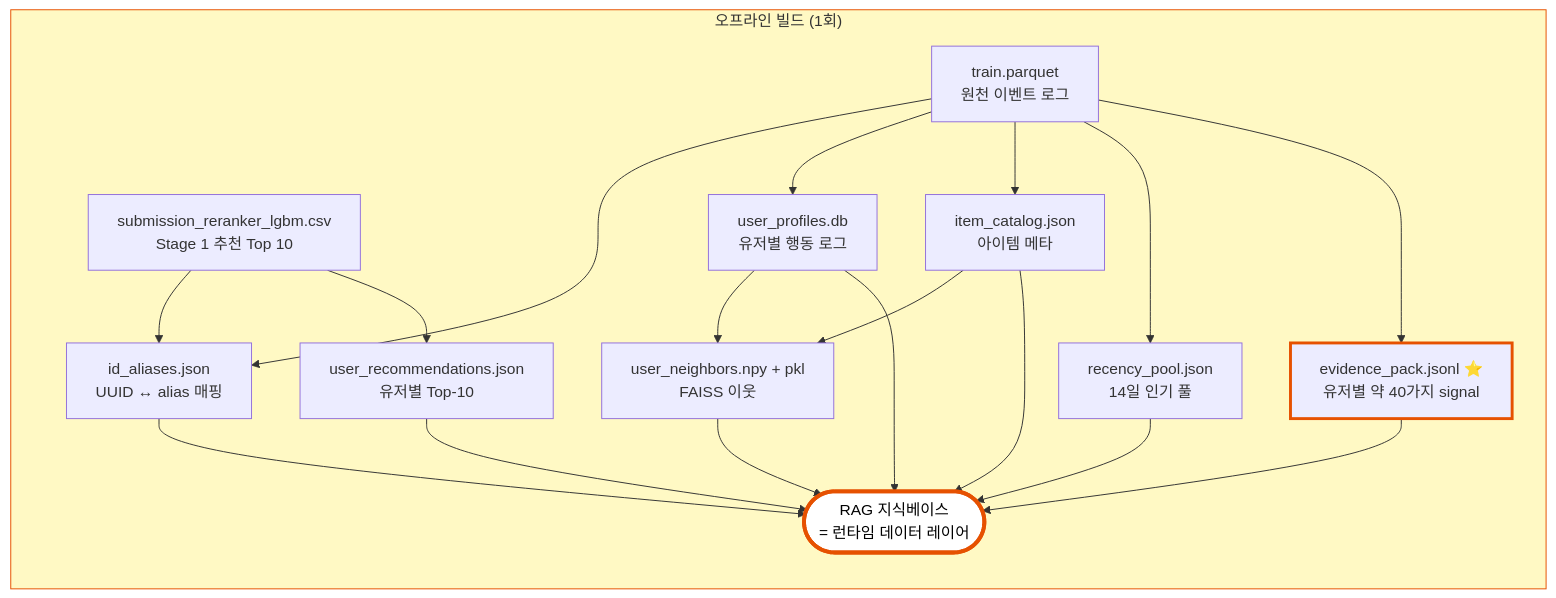
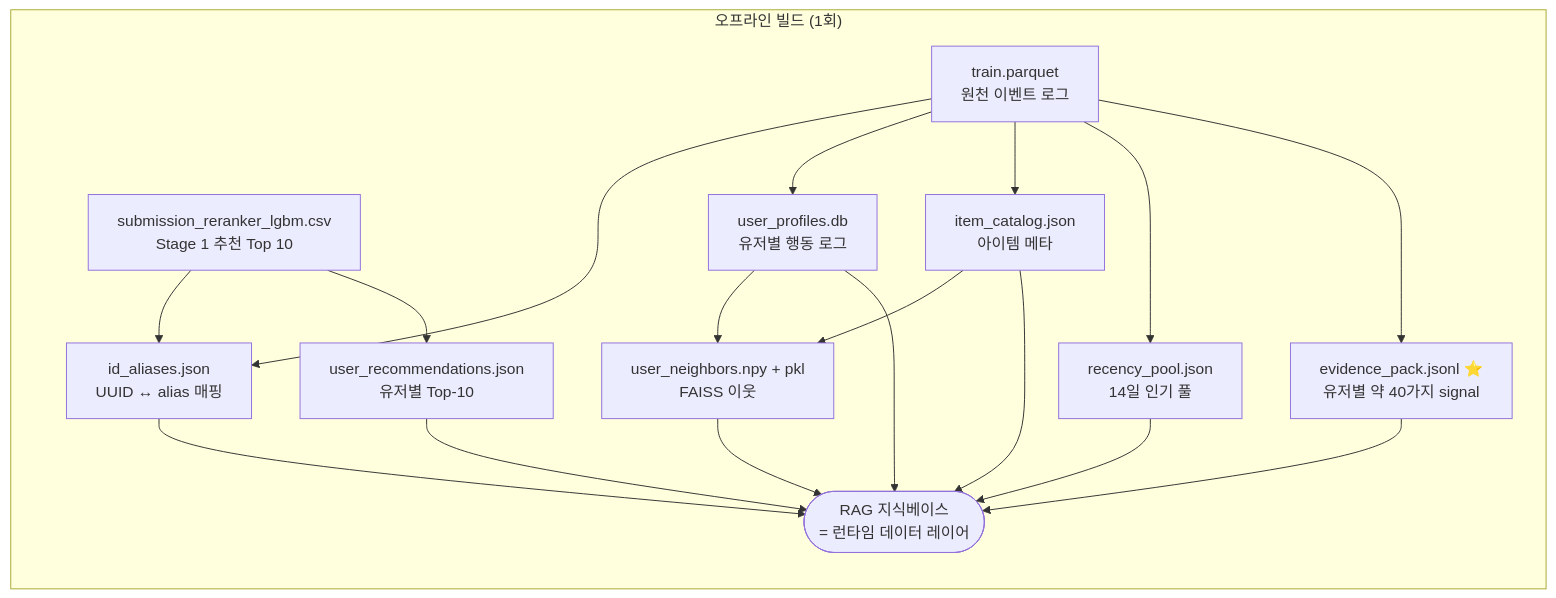
One commit to yoon-chung/recsys-commerce changed the second of 2 diagrams in service/README_mvp.md. Above: the diagram before and after it, drawn with Mermaid.

````diff
--- a/service/README_mvp.md
+++ b/service/README_mvp.md
@@ -109,33 +109,29 @@
 ```mermaid
 flowchart TB
   subgraph BG["오프라인 빌드 (1회)"]
     direction TB
     T[train.parquet<br/>원천 이벤트 로그]
     S[submission_reranker_lgbm.csv<br/>Stage 1 추천 Top 10]
 
     T --> A[id_aliases.json<br/>UUID ↔ alias 매핑]
     S --> A
 
     T --> P[user_profiles.db<br/>유저별 행동 로그]
     T --> C[item_catalog.json<br/>아이템 메타]
     S --> R[user_recommendations.json<br/>유저별 Top-10]
     T --> Y[recency_pool.json<br/>14일 인기 풀]
     T --> E[evidence_pack.jsonl ⭐<br/>유저별 약 40가지 signal]
 
     P --> F[user_neighbors.npy + pkl<br/>FAISS 이웃]
     C --> F
 
     A --> KB
     P --> KB
     C --> KB
     R --> KB
     Y --> KB
     E --> KB
     F --> KB
     KB([RAG 지식베이스<br/>= 런타임 데이터 레이어])
   end
-
-  style BG fill:#fff9c4,stroke:#e65100,stroke-width:1px
-  style KB fill:#ffffff,stroke:#e65100,stroke-width:4px,color:#000
-  style E stroke:#e65100,stroke-width:3px
 ```
````
